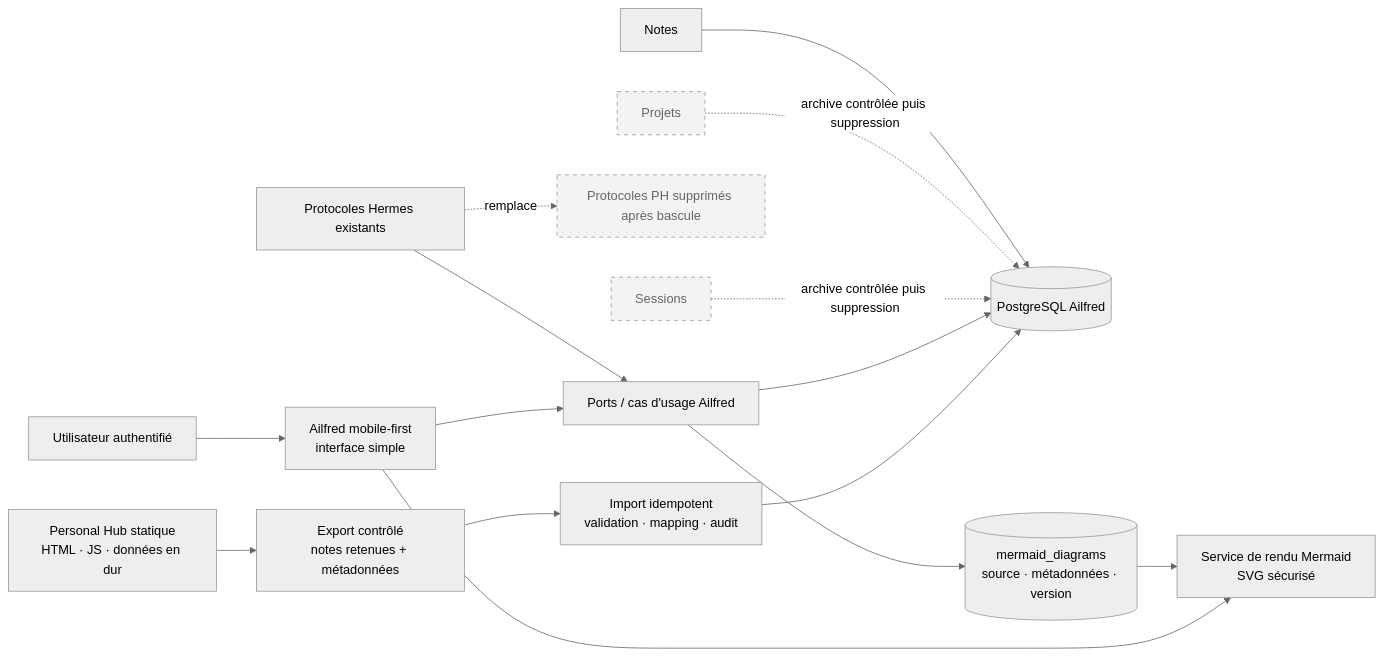
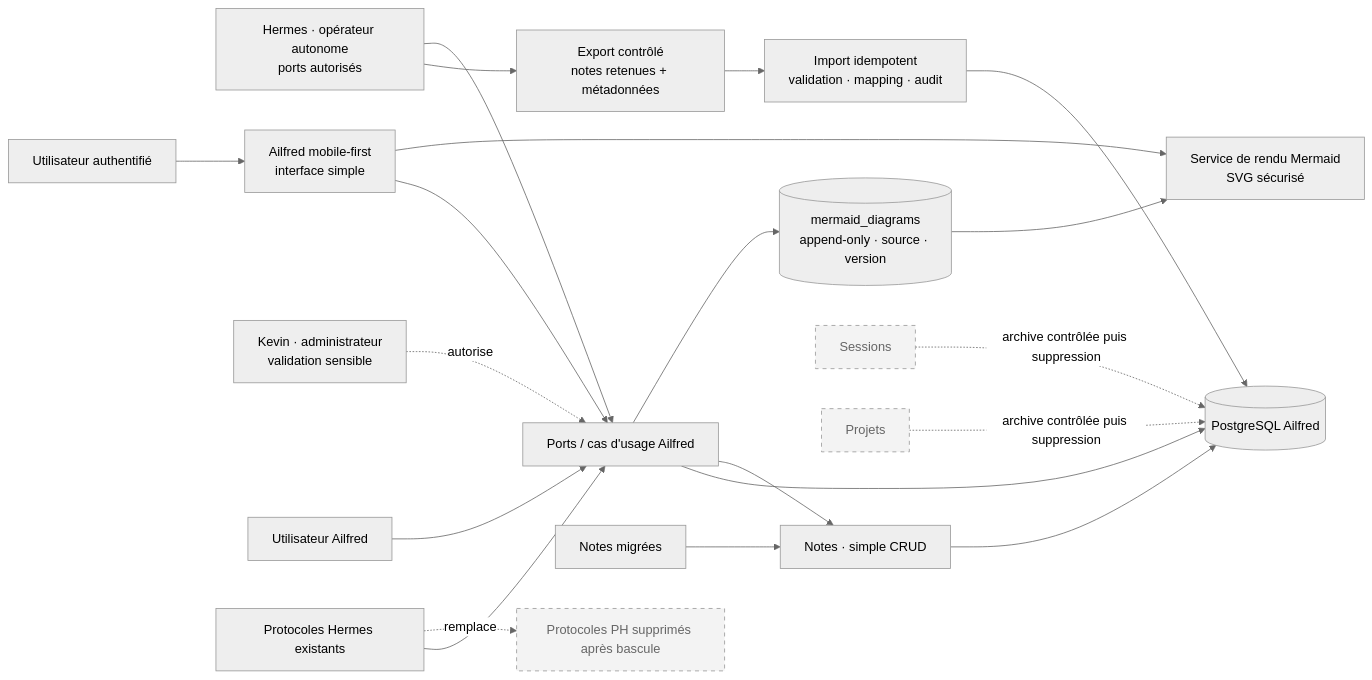
The diagram in diagrams/ailfred-hub-migration.mmd (KevinArnaudLille/personal-hub), drawn with Mermaid (neutral theme) before and after one commit. The commit also changed 2 other files, not shown here.

Commit message:
cadrage: préciser notes et rôles Ailfred

```diff
--- a/diagrams/ailfred-hub-migration.mmd
+++ b/diagrams/ailfred-hub-migration.mmd
@@ -1,17 +1,22 @@
 flowchart LR
   H[Personal Hub statique\nHTML · JS · données en dur] --> X[Export contrôlé\nnotes retenues + métadonnées]
   X --> I[Import idempotent\nvalidation · mapping · audit]
   I --> DB[(PostgreSQL Ailfred)]
   A[Utilisateur authentifié] --> UI[Ailfred mobile-first\ninterface simple]
   UI --> API[Ports / cas d'usage Ailfred]
   API --> DB
-  API --> MD[(mermaid_diagrams\nsource · métadonnées · version)]
+  API --> CRUD[Notes · simple CRUD]
+  CRUD --> DB
+  API --> MD[(mermaid_diagrams\nappend-only · source · version)]
   UI --> MR[Service de rendu Mermaid\nSVG sécurisé]
   MD --> MR
+  K[Kevin · administrateur\nvalidation sensible] -. autorise .-> API
+  H[Hermes · opérateur autonome\nports autorisés] --> API
+  U2[Utilisateur Ailfred] --> API
   P[Protocoles Hermes existants] --> API
   P -. remplace .-> Q[Protocoles PH supprimés après bascule]
   S[Sessions] -. archive contrôlée puis suppression .-> DB
   R[Projets] -. archive contrôlée puis suppression .-> DB
-  N[Notes] --> DB
+  N[Notes migrées] --> CRUD
   classDef removed stroke-dasharray: 5 5,fill:#f3f3f3,color:#666
   class Q,S,R removed
```
